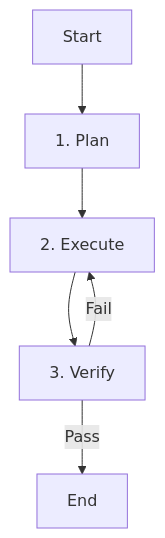
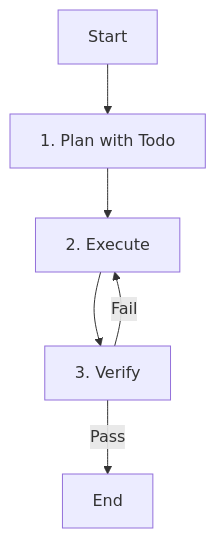
One commit to ksm0709/dotfiles changed the diagram in opencode/config/agent/general.md. Above: the diagram before and after it, drawn with Mermaid. The commit also changed other lines of this file and 7 other files, not shown here.

Commit message:
refactor(agent): update all agents to match latest template with 'Plan with Todo' workflow

````diff
--- a/opencode/config/agent/general.md
+++ b/opencode/config/agent/general.md
@@ -27,8 +27,8 @@
 ```mermaid
 graph TD
-    Start[Start] --> Plan[1. Plan]
+    Start[Start] --> Plan[1. Plan with Todo]
     Plan --> Execute[2. Execute]
     Execute --> Verify[3. Verify]
     Verify -- Fail --> Execute
     Verify -- Pass --> End[End]
 ```
````
